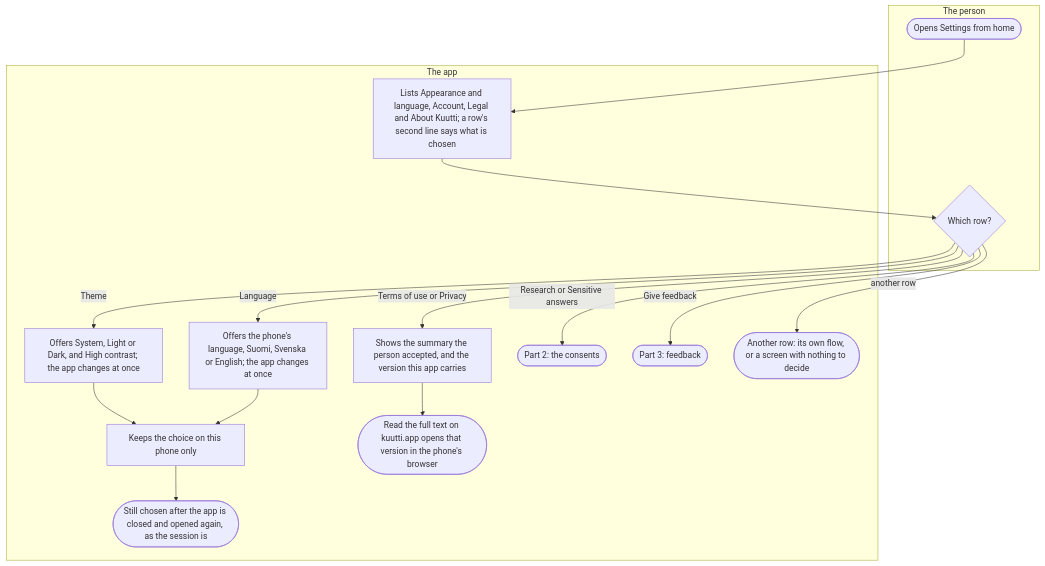
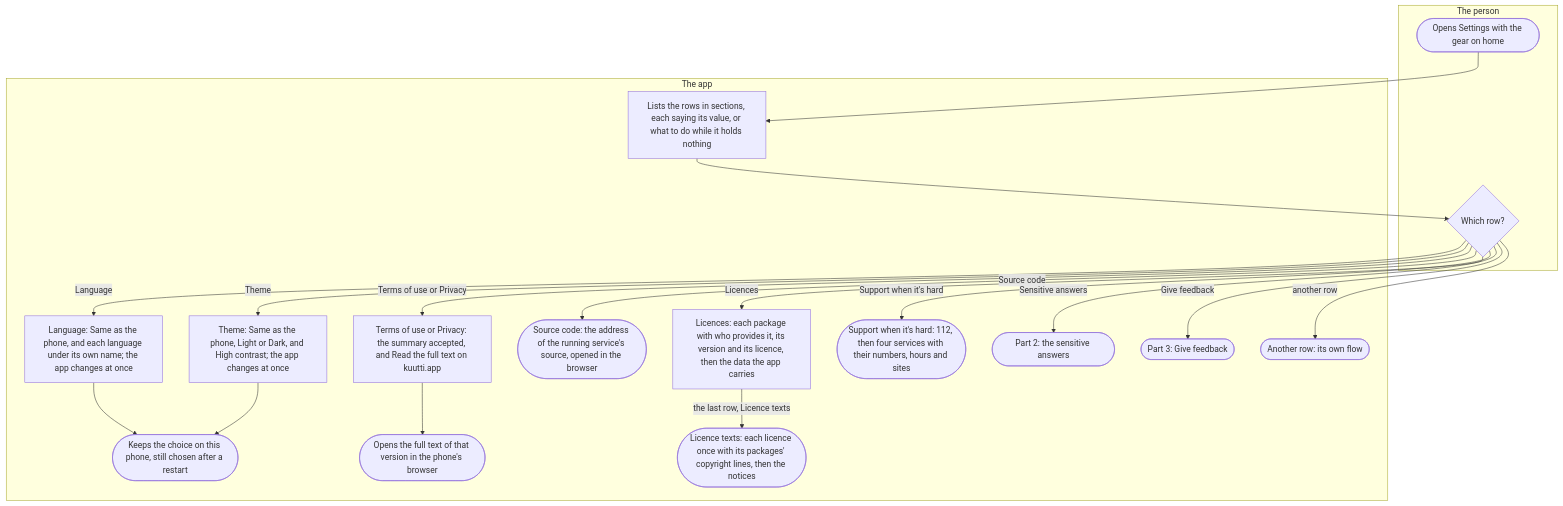
One commit to kuutti-ry/kuutti-app changed the first of 3 diagrams in docs/flows/settings-and-feedback.md. Above: the diagram before and after it, drawn with Mermaid. The commit also changed other lines of this file and 41 other files, not shown here.

First line of the commit message:
Redraw the user flows against today's main, held by check:docs

````diff
--- a/docs/flows/settings-and-feedback.md
+++ b/docs/flows/settings-and-feedback.md
@@ -7,29 +31,39 @@
 ```mermaid
 flowchart TB
   accTitle: Settings, consents and feedback, part 1: the Settings list
-  accDescr: The person opens Settings from home and chooses a row. The theme and the language change the app at once and stay on the phone across a restart. The terms and the privacy summary show their version, with a link to the full text on kuutti.app. The consents and the feedback go on in parts 2 and 3, and the other rows have flows of their own.
+  accDescr: The person opens Settings from home: one list of rows in sections, each row opening what it holds under itself, one at a time. The language and the theme change the app at once and stay on the phone. The terms and the privacy summary show what was accepted, with a link to the full text. The source code, the licences and the page of support are there for everybody. The sensitive answers and the feedback go on in parts 2 and 3, and the other rows have flows of their own.
   subgraph person["The person"]
-    s1(["Opens Settings from home"])
+    s1(["Opens Settings with the gear on home"])
     s3{"Which row?"}
   end
   subgraph app["The app"]
-    s2["Lists Appearance and language, Account, Legal and About Kuutti; a row's second line says what is chosen"]
-    s4["Offers System, Light or Dark, and High contrast; the app changes at once"]
-    s5["Offers the phone's language, Suomi, Svenska or English; the app changes at once"]
-    s6["Keeps the choice on this phone only"]
-    s7(["Still chosen after the app is closed and opened again, as the session is"])
-    s8["Shows the summary the person accepted, and the version this app carries"]
-    s9(["Read the full text on kuutti.app opens that version in the phone's browser"])
-    s10(["Part 2: the consents"])
-    s11(["Part 3: feedback"])
-    s12(["Another row: its own flow, or a screen with nothing to decide"])
+    s2["Lists the rows in sections, each saying its value, or what to do while it holds nothing"]
+    s4["Language: Same as the phone, and each language under its own name; the app changes at once"]
+    s5["Theme: Same as the phone, Light or Dark, and High contrast; the app changes at once"]
+    s6(["Keeps the choice on this phone, still chosen after a restart"])
+    s7["Terms of use or Privacy: the summary accepted, and Read the full text on kuutti.app"]
+    s8(["Opens the full text of that version in the phone's browser"])
+    s9(["Source code: the address of the running service's source, opened in the browser"])
+    s10["Licences: each package with who provides it, its version and its licence, then the data the app carries"]
+    s11(["Licence texts: each licence once with its packages' copyright lines, then the notices"])
+    s12(["Support when it's hard: 112, then four services with their numbers, hours and sites"])
+    s13(["Part 2: the sensitive answers"])
+    s14(["Part 3: Give feedback"])
+    s15(["Another row: its own flow"])
   end
-  s1 --> s2 --> s3
-  s3 -->|"Theme"| s4 --> s6
-  s3 -->|"Language"| s5 --> s6
-  s6 --> s7
-  s3 -->|"Terms of use or Privacy"| s8 --> s9
-  s3 -->|"Research or Sensitive answers"| s10
-  s3 -->|"Give feedback"| s11
-  s3 -->|"another row"| s12
+  s1 --> s2
+  s2 --> s3
+  s3 -->|"Language"| s4
+  s3 -->|"Theme"| s5
+  s4 --> s6
+  s5 --> s6
+  s3 -->|"Terms of use or Privacy"| s7
+  s7 --> s8
+  s3 -->|"Source code"| s9
+  s3 -->|"Licences"| s10
+  s10 -->|"the last row, Licence texts"| s11
+  s3 -->|"Support when it's hard"| s12
+  s3 -->|"Sensitive answers"| s13
+  s3 -->|"Give feedback"| s14
+  s3 -->|"another row"| s15
 ```
````
